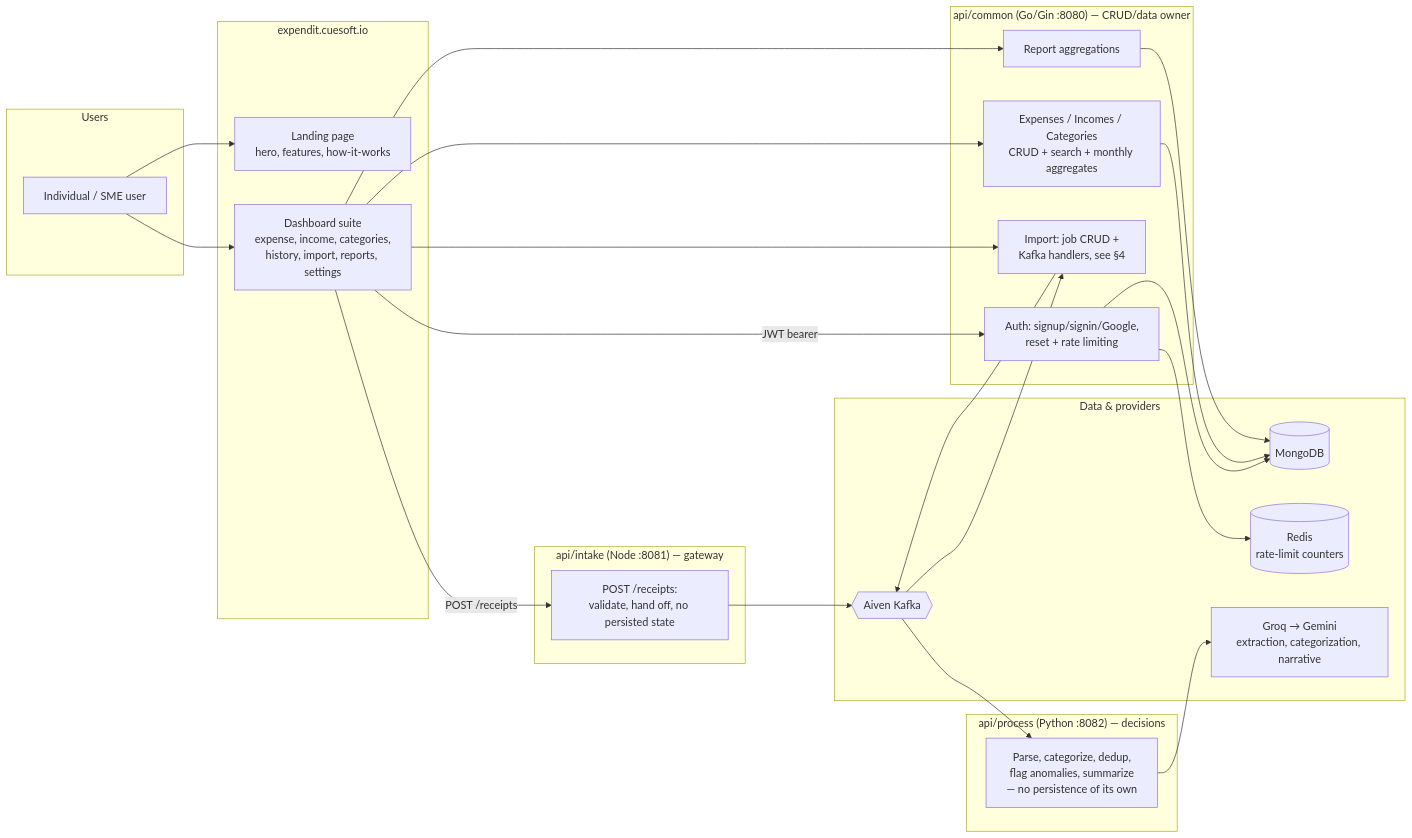
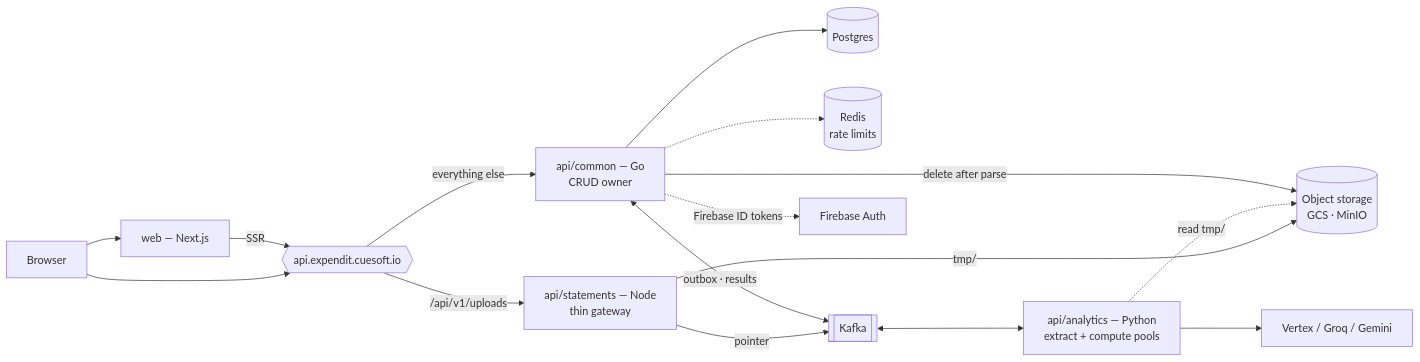
The first of 4 diagrams in docs/architecture.md (cuesoftinc/expendit), drawn with Mermaid before and after one commit. The commit also changed other lines of this file and 21 other files, not shown here.

````diff
--- a/docs/architecture.md
+++ b/docs/architecture.md
@@ -7,50 +11,18 @@
 ```mermaid
 flowchart LR
-    subgraph Users
-        U[Individual / SME user]
-    end
-
-    subgraph expendit.cuesoft.io
-        LAND[Landing page<br/>hero, features, how-it-works]
-        DASH[Dashboard suite<br/>expense, income, categories,<br/>history, import, reports, settings]
-    end
-
-    subgraph BE["api/common (Go/Gin :8080) — CRUD/data owner"]
-        AUTH[Auth: signup/signin/Google,<br/>reset + rate limiting]
-        LEDGER[Expenses / Incomes / Categories<br/>CRUD + search + monthly aggregates]
-        IMPORTC[Import: job CRUD +<br/>Kafka handlers, see §4]
-        REPORT[Report aggregations]
-    end
-
-    subgraph INTAKE["api/intake (Node :8081) — gateway"]
-        UPLOAD[POST /receipts:<br/>validate, hand off, no persisted state]
-    end
-
-    subgraph PROCESS["api/process (Python :8082) — decisions"]
-        DECIDE[Parse, categorize, dedup,<br/>flag anomalies, summarize<br/>— no persistence of its own]
-    end
-
-    subgraph Data & providers
-        MG[(MongoDB)]
-        RD[(Redis<br/>rate-limit counters)]
-        KFK{{Aiven Kafka}}
-        AI[Groq → Gemini<br/>extraction, categorization, narrative]
-    end
-
-    U --> LAND
-    U --> DASH
-    DASH -->|JWT bearer| AUTH
-    DASH --> LEDGER
-    DASH -->|POST /receipts| UPLOAD
-    DASH --> IMPORTC
-    DASH --> REPORT
-    AUTH --> MG
-    AUTH --> RD
-    LEDGER --> MG
-    UPLOAD --> KFK
-    KFK --> IMPORTC
-    IMPORTC --> KFK
-    KFK --> DECIDE
-    DECIDE --> AI
-    REPORT --> MG
+    BR[Browser] --> WEB[web — Next.js]
+    BR --> LB{{api.expendit.cuesoft.io}}
+    WEB -->|SSR| LB
+    LB -->|/api/v1/uploads| ST[api/statements — Node<br/>thin gateway]
+    LB -->|everything else| CM[api/common — Go<br/>CRUD owner]
+    CM --> PG[(Postgres)]
+    CM -.-> R[(Redis<br/>rate limits)]
+    ST -->|tmp/| OS[(Object storage<br/>GCS · MinIO)]
+    AN -.->|read tmp/| OS
+    CM -->|delete after parse| OS
+    ST -->|pointer| K[[Kafka]]
+    CM <-->|outbox · results| K
+    K <--> AN[api/analytics — Python<br/>extract + compute pools]
+    AN --> AI[Vertex / Groq / Gemini]
+    CM -.->|Firebase ID tokens| FB[Firebase Auth]
 ```
````
